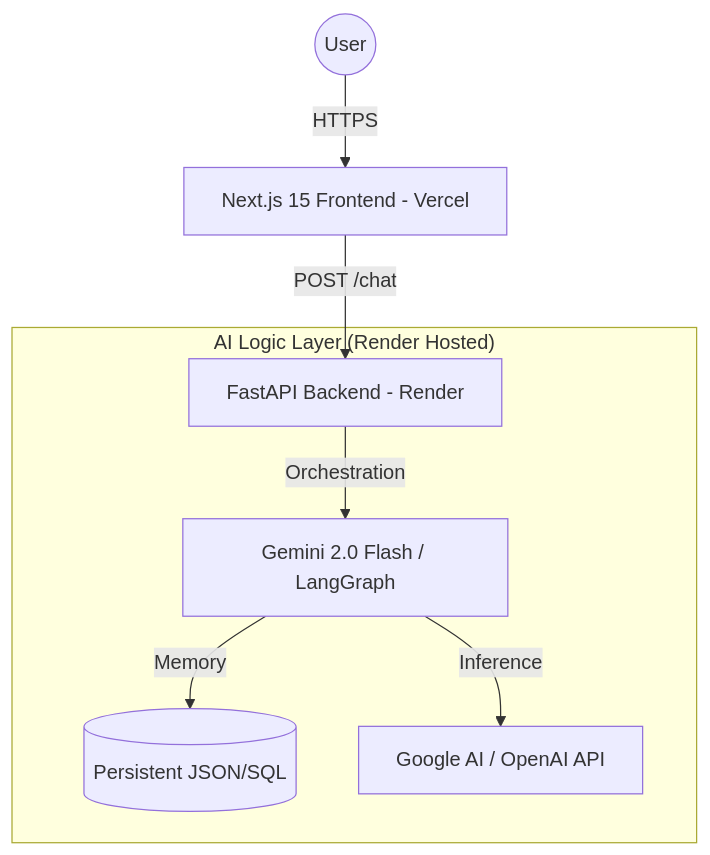
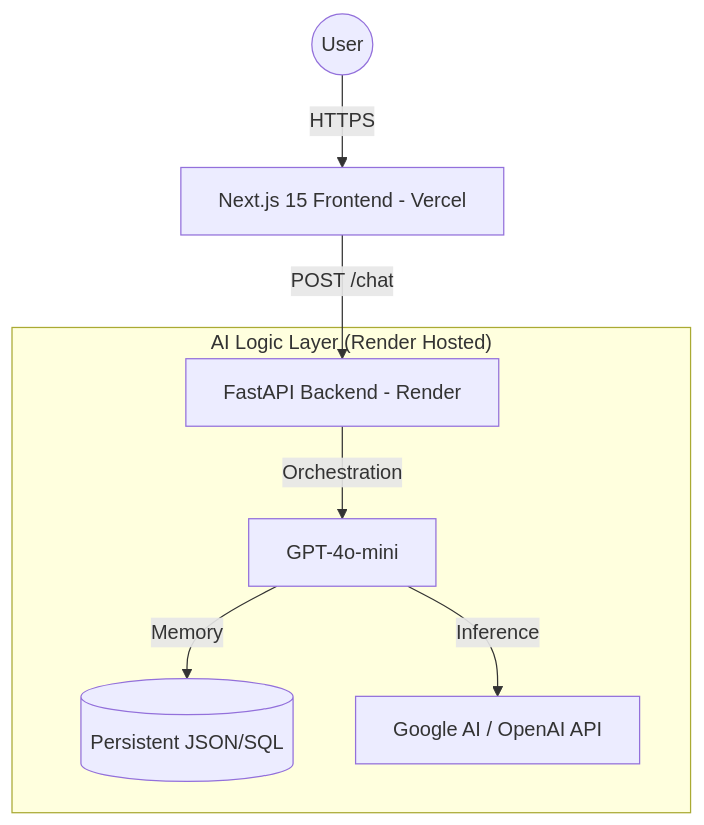
The diagram in README.md (Samrude1/Portfolio), drawn with Mermaid before and after one commit. The commit also changed other lines of this file, not shown here.

Commit message:
docs: sync README with new GitHub profile and correct architecture LLM

````diff
--- a/README.md
+++ b/README.md
@@ -39,11 +26,11 @@
 ```mermaid
 graph TD
     User((User)) -->|HTTPS| Frontend[Next.js 15 Frontend - Vercel]
     Frontend -->|POST /chat| BackendAPI[FastAPI Backend - Render]
     
     subgraph "AI Logic Layer (Render Hosted)"
-        BackendAPI -->|Orchestration| Agent[Gemini 2.0 Flash / LangGraph]
+        BackendAPI -->|Orchestration| Agent[GPT-4o-mini]
         Agent -->|Memory| Memory[(Persistent JSON/SQL)]
         Agent -->|Inference| AI[Google AI / OpenAI API]
     end
 ```
````
